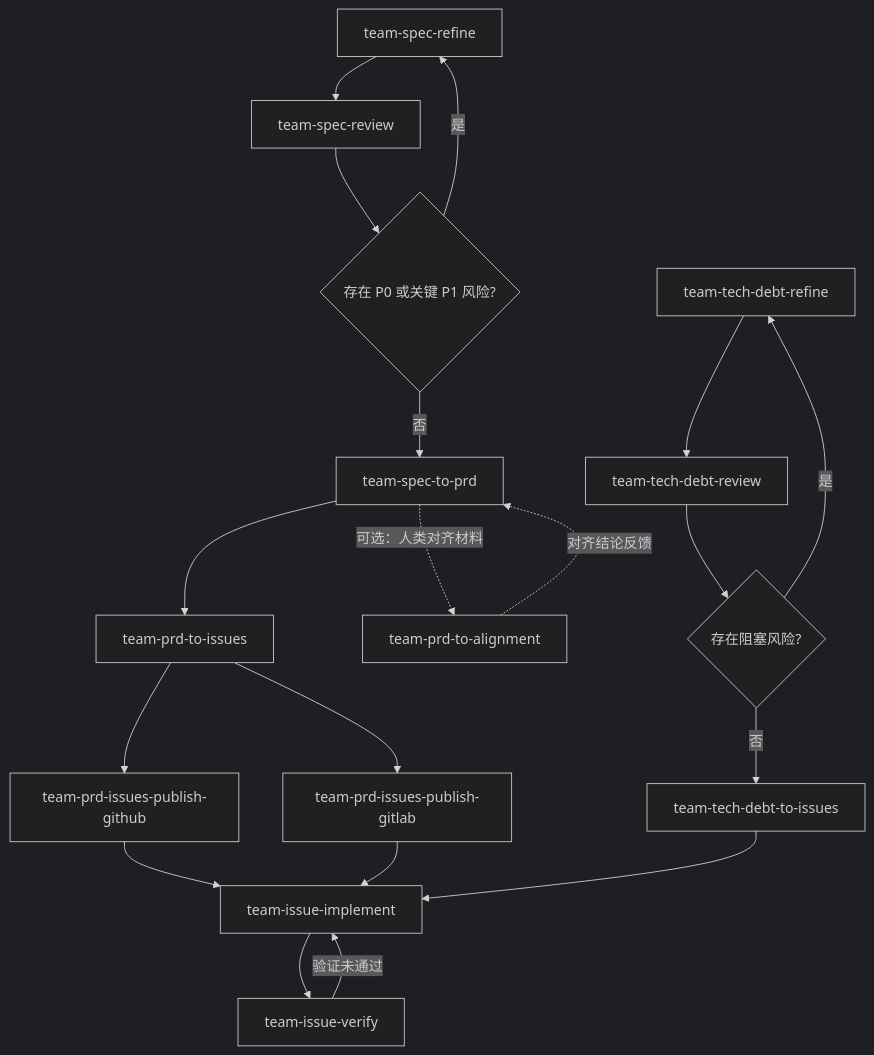
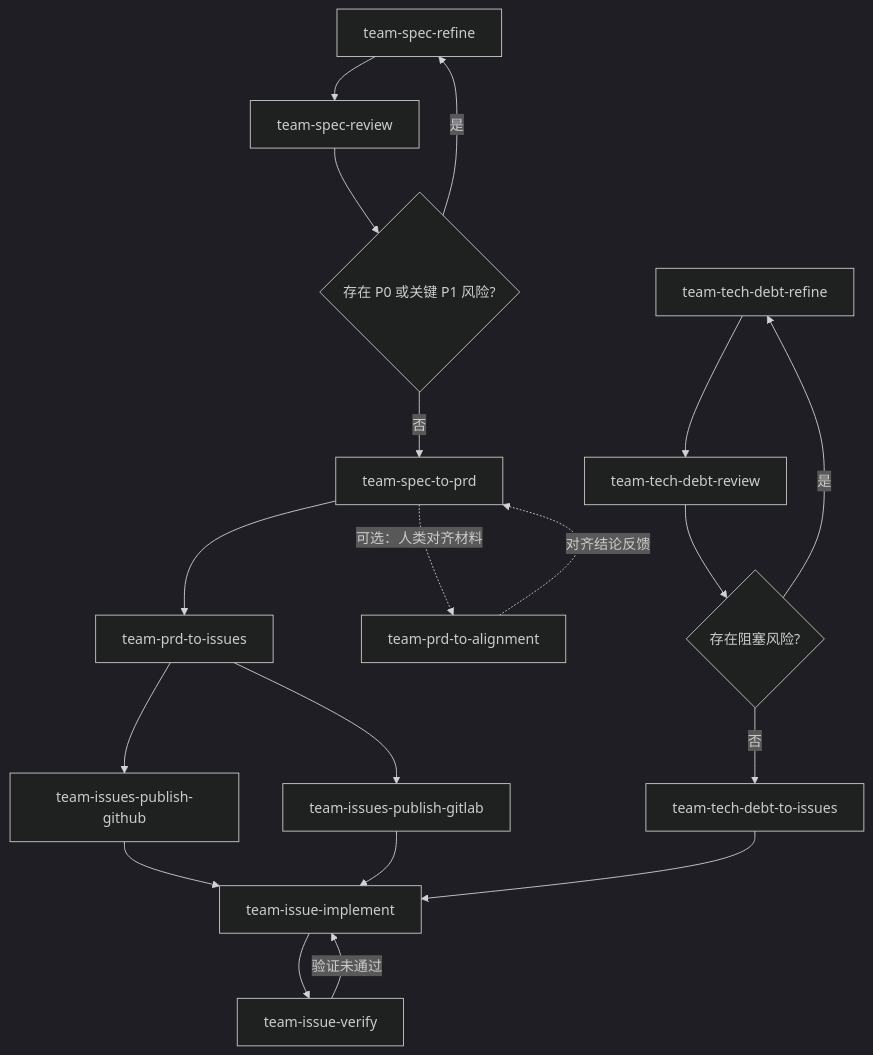
The diagram in README.md (coolbeevip/team-ai-skills), drawn with Mermaid (dark theme) before and after one commit. The commit also changed other lines of this file and 7 other files, not shown here.

````diff
--- a/README.md
+++ b/README.md
@@ -66,22 +66,22 @@
 ```mermaid
 flowchart TD
     A[team-spec-refine] --> B[team-spec-review]
     B --> C{存在 P0 或关键 P1 风险?}
     C -- 是 --> A
     C -- 否 --> D[team-spec-to-prd]
     D --> F[team-prd-to-issues]
     D -. 可选：人类对齐材料 .-> H[team-prd-to-alignment]
     H -. 对齐结论反馈 .-> D
-    F --> N[team-prd-issues-publish-github]
-    F --> O[team-prd-issues-publish-gitlab]
+    F --> N[team-issues-publish-github]
+    F --> O[team-issues-publish-gitlab]
     N --> G[team-issue-implement]
     O --> G
     G --> I[team-issue-verify]
     I -- 验证未通过 --> G
 
     J[team-tech-debt-refine] --> K[team-tech-debt-review]
     K --> L{存在阻塞风险?}
     L -- 是 --> J
     L -- 否 --> M[team-tech-debt-to-issues]
     M --> G
 ```
````
